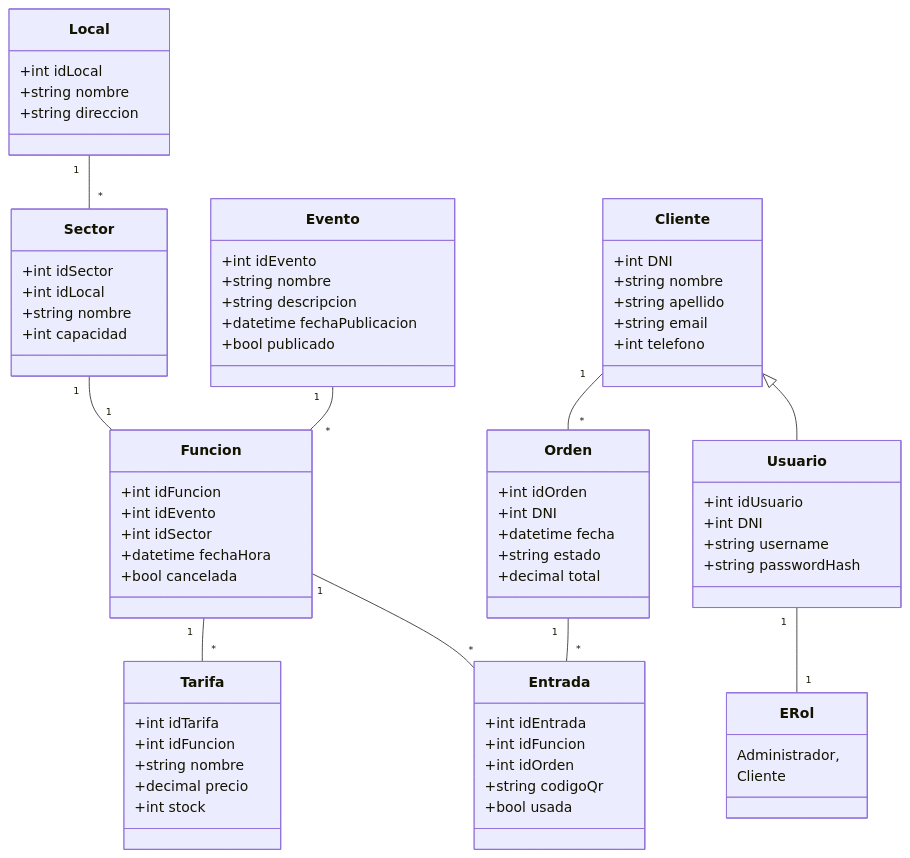
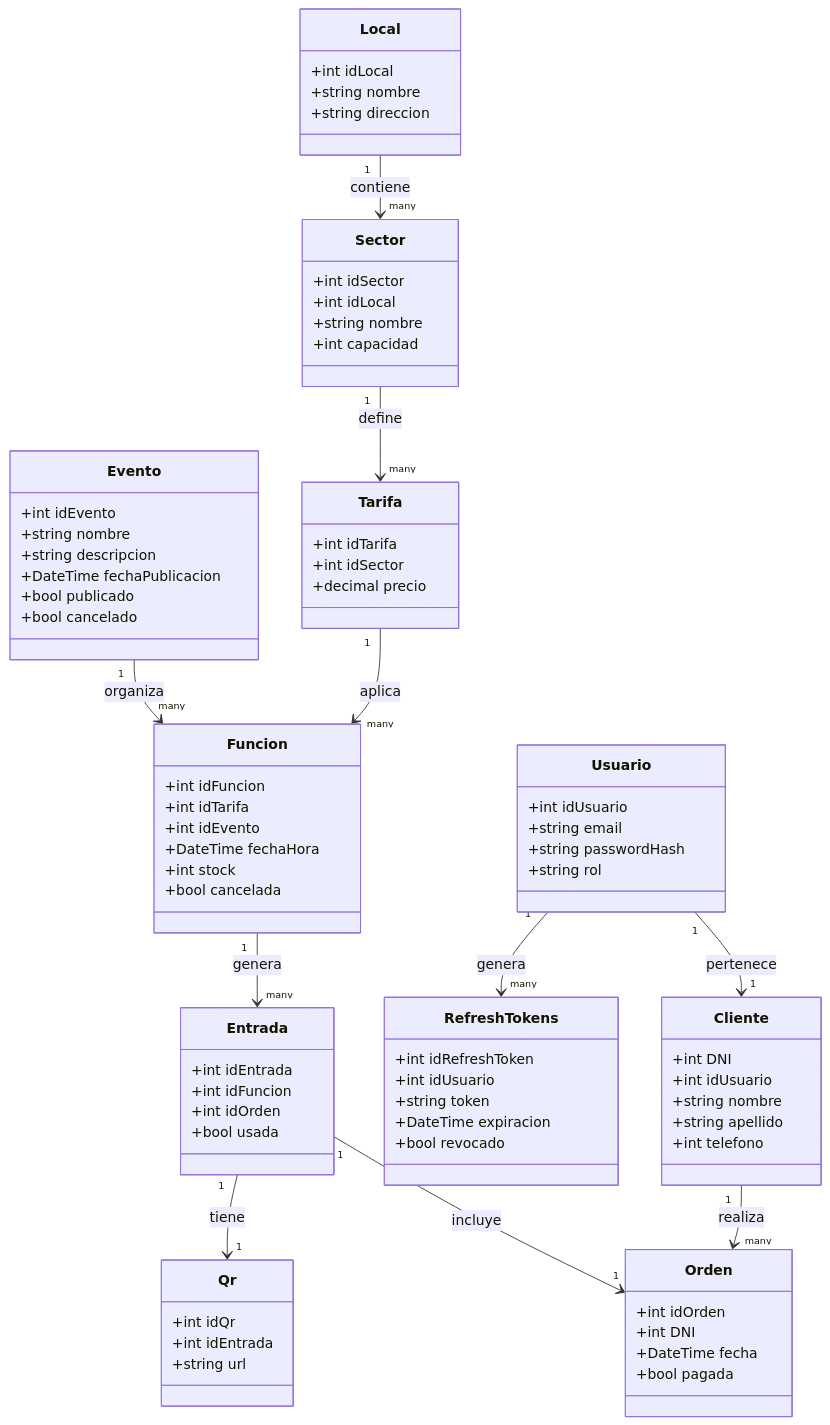
The first of 3 diagrams in SuperProyecto/doc/README.md (PasandiLuka/SuperProyecto), drawn with Mermaid before and after one commit. The commit also changed other lines of this file and 35 other files, not shown here.

````diff
--- a/SuperProyecto/doc/README.md
+++ b/SuperProyecto/doc/README.md
@@ -6,9 +6,26 @@
 ```mermaid
 classDiagram
+
     class Local {
         +int idLocal
         +string nombre
         +string direccion
+    }
+
+    class Evento {
+        +int idEvento
+        +string nombre
+        +string descripcion
+        +DateTime fechaPublicacion
+        +bool publicado
+        +bool cancelado
+    }
+
+    class Usuario {
+        +int idUsuario
+        +string email
+        +string passwordHash
+        +string rol
     }
 
     class Sector {
@@ -18,74 +35,66 @@
         +int capacidad
     }
 
-    class Evento {
-        +int idEvento
+    class Cliente {
+        +int DNI
+        +int idUsuario
         +string nombre
-        +string descripcion
-        +datetime fechaPublicacion
-        +bool publicado
+        +string apellido
+        +int telefono
+    }
+
+    class RefreshTokens {
+        +int idRefreshToken
+        +int idUsuario
+        +string token
+        +DateTime expiracion
+        +bool revocado
+    }
+
+    class Tarifa {
+        +int idTarifa
+        +int idSector
+        +decimal precio
     }
 
     class Funcion {
         +int idFuncion
+        +int idTarifa
         +int idEvento
-        +int idSector
-        +datetime fechaHora
+        +DateTime fechaHora
+        +int stock
         +bool cancelada
-    }
-
-    class Tarifa {
-        +int idTarifa
-        +int idFuncion
-        +string nombre
-        +decimal precio
-        +int stock
-    }
-
-    class Cliente {
-        +int DNI
-        +string nombre
-        +string apellido
-        +string email
-        +int telefono
-    }
-
-    class Orden {
-        +int idOrden
-        +int DNI
-        +datetime fecha
-        +string estado
-        +decimal total
     }
 
     class Entrada {
         +int idEntrada
         +int idFuncion
         +int idOrden
-        +string codigoQr
         +bool usada
     }
 
-    class Usuario {
-        +int idUsuario
-        +int DNI
-        +string username
-        +string passwordHash
+    class Qr {
+        +int idQr
+        +int idEntrada
+        +string url
     }
 
-    class ERol {
-        Administrador,
-        Cliente
+    class Orden {
+        +int idOrden
+        +int DNI
+        +DateTime fecha
+        +bool pagada
     }
 
     %% Relaciones
-    Local "1" -- "*" Sector
-    Sector "1" -- "1" Funcion 
-    Evento "1" -- "*" Funcion 
-    Funcion "1" -- "*" Tarifa 
-    Cliente "1" -- "*" Orden 
-    Orden "1" -- "*" Entrada
-    Funcion "1" -- "*" Entrada 
-    Usuario "1" -- "1" ERol
-    Cliente <|-- Usuario
+    Local "1" --> "many" Sector : contiene
+    Sector "1" --> "many" Tarifa : define
+    Tarifa "1" --> "many" Funcion : aplica
+    Evento "1" --> "many" Funcion : organiza
+    Funcion "1" --> "many" Entrada : genera
+    Entrada "1" --> "1" Qr : tiene
+    Cliente "1" --> "many" Orden : realiza
+    Entrada "1" --> "1" Orden : incluye
+    Usuario "1" --> "1" Cliente : pertenece
+    Usuario "1" --> "many" RefreshTokens : genera
 ```
````
